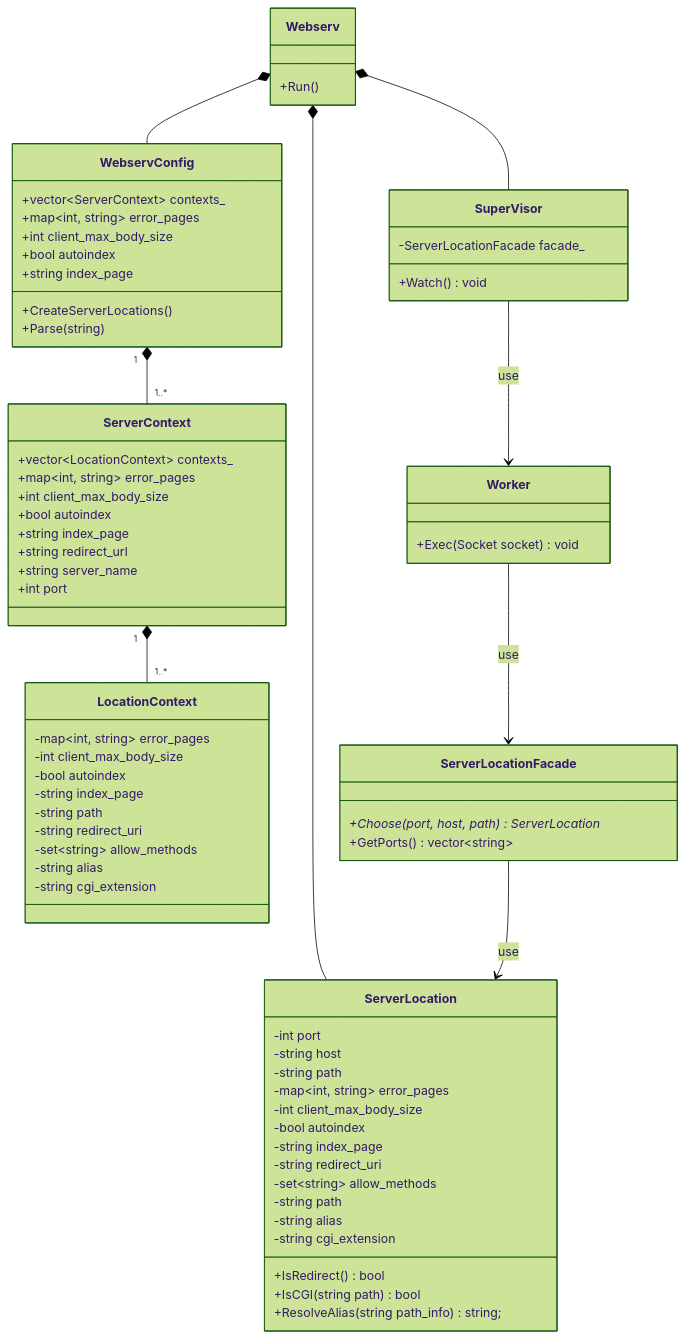
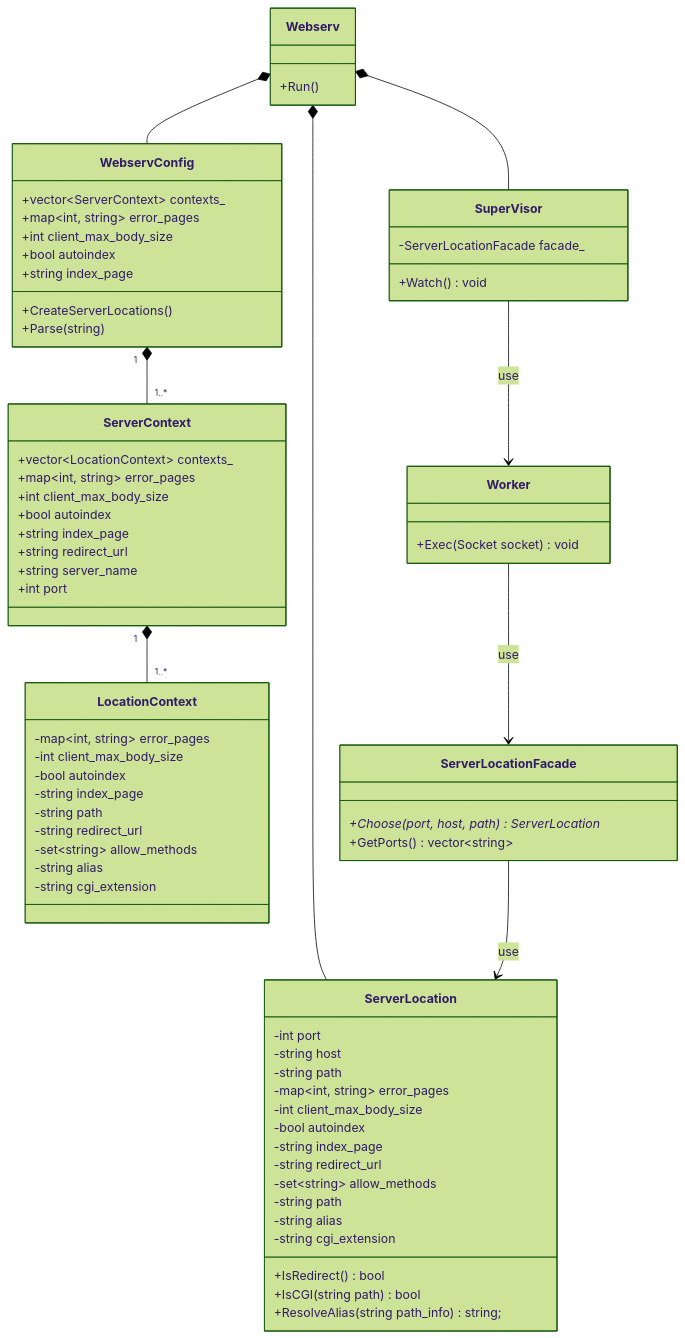
Before and after one commit to katataku/webserv: the diagram in docs/class/config_class.md, drawn with Mermaid (forest theme). The commit also changed 21 other files, not shown here.

```diff
--- a/docs/class/config_class.md
+++ b/docs/class/config_class.md
@@ -37,7 +37,7 @@
         -bool autoindex
         -string index_page
         -string path
-        -string redirect_uri
+        -string redirect_url
         -set~string~ allow_methods
         -string alias
         -string cgi_extension
@@ -74,7 +74,7 @@
         -int client_max_body_size
         -bool autoindex
         -string index_page
-        -string redirect_uri
+        -string redirect_url
         -set~string~ allow_methods
         -string path
         -string alias
```
